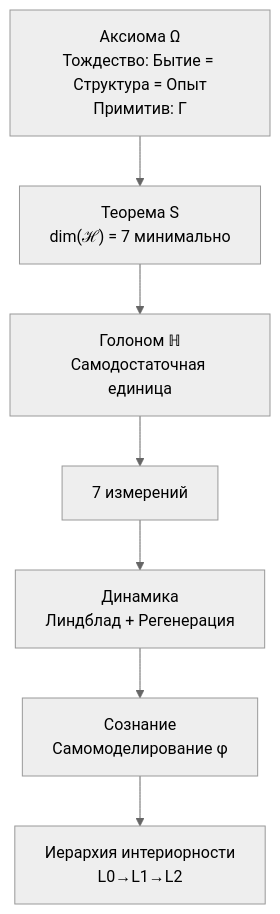
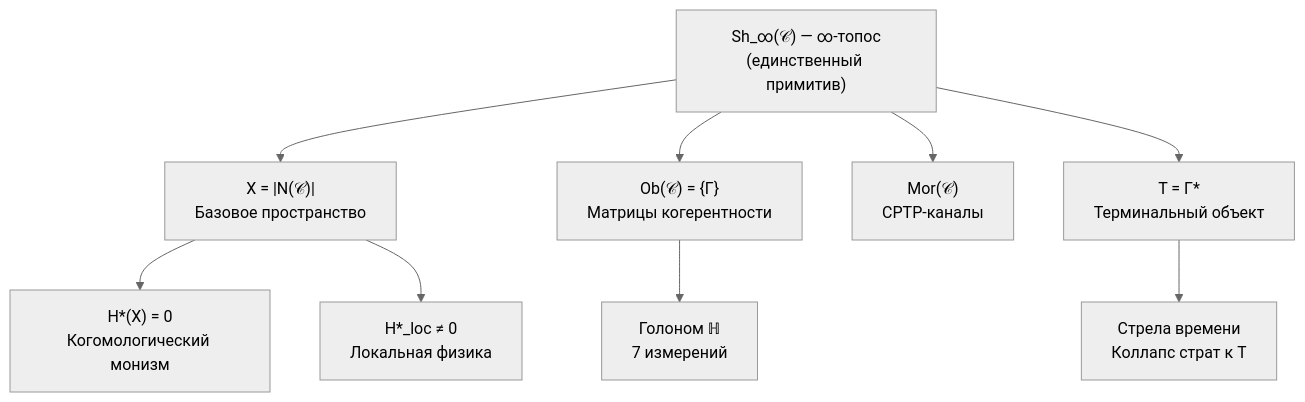
The diagram in website/docs/intro.md (uhm-theory/holon), drawn with Mermaid (neutral theme) before and after one commit. The commit also changed other lines of this file and 49 other files, not shown here.

````diff
--- a/website/docs/intro.md
+++ b/website/docs/intro.md
@@ -27,9 +28,11 @@
 ```mermaid
 graph TB
-    A["Аксиома Ω<br/>Тождество: Бытие = Структура = Опыт<br/>Примитив: Γ"] --> B["Теорема S<br/>dim(ℋ) = 7 минимально"]
-    B --> C["Голоном ℍ<br/>Самодостаточная единица"]
-    C --> D["7 измерений"]
-    D --> E["Динамика<br/>Линдблад + Регенерация"]
-    E --> F["Сознание<br/>Самомоделирование φ"]
-    F --> G["Иерархия интериорности<br/>L0→L1→L2"]
+    C["Sh_∞(𝒞) — ∞-топос<br/>(единственный примитив)"] --> X["X = |N(𝒞)|<br/>Базовое пространство"]
+    C --> Ob["Ob(𝒞) = {Γ}<br/>Матрицы когерентности"]
+    C --> Mor["Mor(𝒞)<br/>CPTP-каналы"]
+    X --> H0["H*(X) = 0<br/>Когомологический монизм"]
+    X --> Hloc["H*_loc ≠ 0<br/>Локальная физика"]
+    C --> T["T = Γ*<br/>Терминальный объект"]
+    T --> Arrow["Стрела времени<br/>Коллапс страт к T"]
+    Ob --> Holon["Голоном ℍ<br/>7 измерений"]
 ```
````
